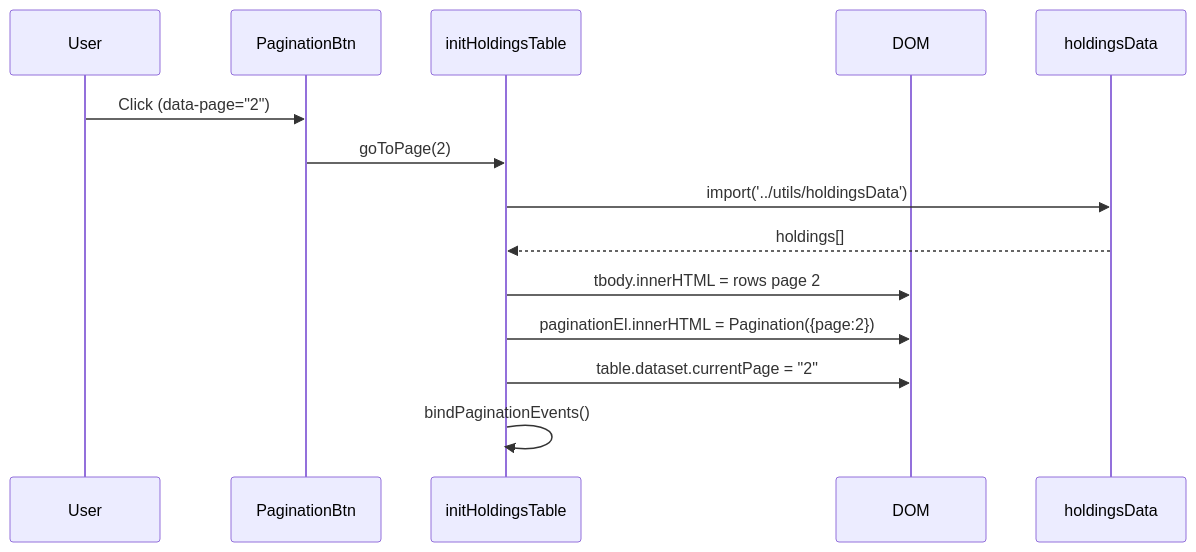
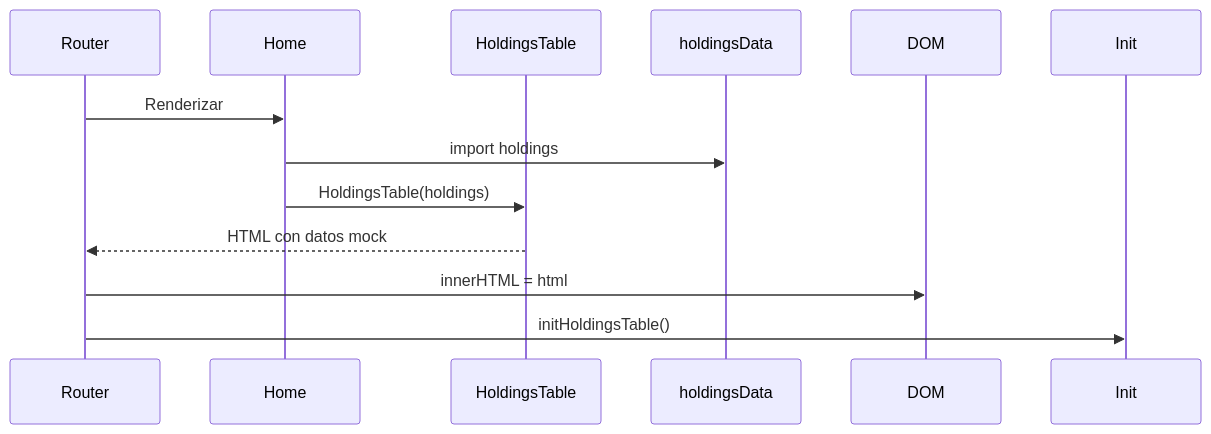
The second of 4 diagrams in docs/arquitectura/flujo-de-datos.md (EdGonzz/caletaJS), drawn with Mermaid before and after one commit. The commit also changed other lines of this file and 5 other files, not shown here.

Commit message:
refactor: update architecture documentation and add ADR for CoinGecko API migration

````diff
--- a/docs/arquitectura/flujo-de-datos.md
+++ b/docs/arquitectura/flujo-de-datos.md
@@ -37,17 +61,14 @@
 ```mermaid
 sequenceDiagram
-    participant User
-    participant PaginationBtn
-    participant initHoldingsTable
-    participant DOM
+    participant Router
+    participant Home
+    participant HoldingsTable
     participant holdingsData
 
-    User->>PaginationBtn: Click (data-page="2")
-    PaginationBtn->>initHoldingsTable: goToPage(2)
-    initHoldingsTable->>holdingsData: import('../utils/holdingsData')
-    holdingsData-->>initHoldingsTable: holdings[]
-    initHoldingsTable->>DOM: tbody.innerHTML = rows page 2
-    initHoldingsTable->>DOM: paginationEl.innerHTML = Pagination({page:2})
-    initHoldingsTable->>DOM: table.dataset.currentPage = "2"
-    initHoldingsTable->>initHoldingsTable: bindPaginationEvents()
+    Router->>Home: Renderizar
+    Home->>holdingsData: import holdings
+    Home->>HoldingsTable: HoldingsTable(holdings)
+    HoldingsTable-->>Router: HTML con datos mock
+    Router->>DOM: innerHTML = html
+    Router->>Init: initHoldingsTable()
 ```
````
